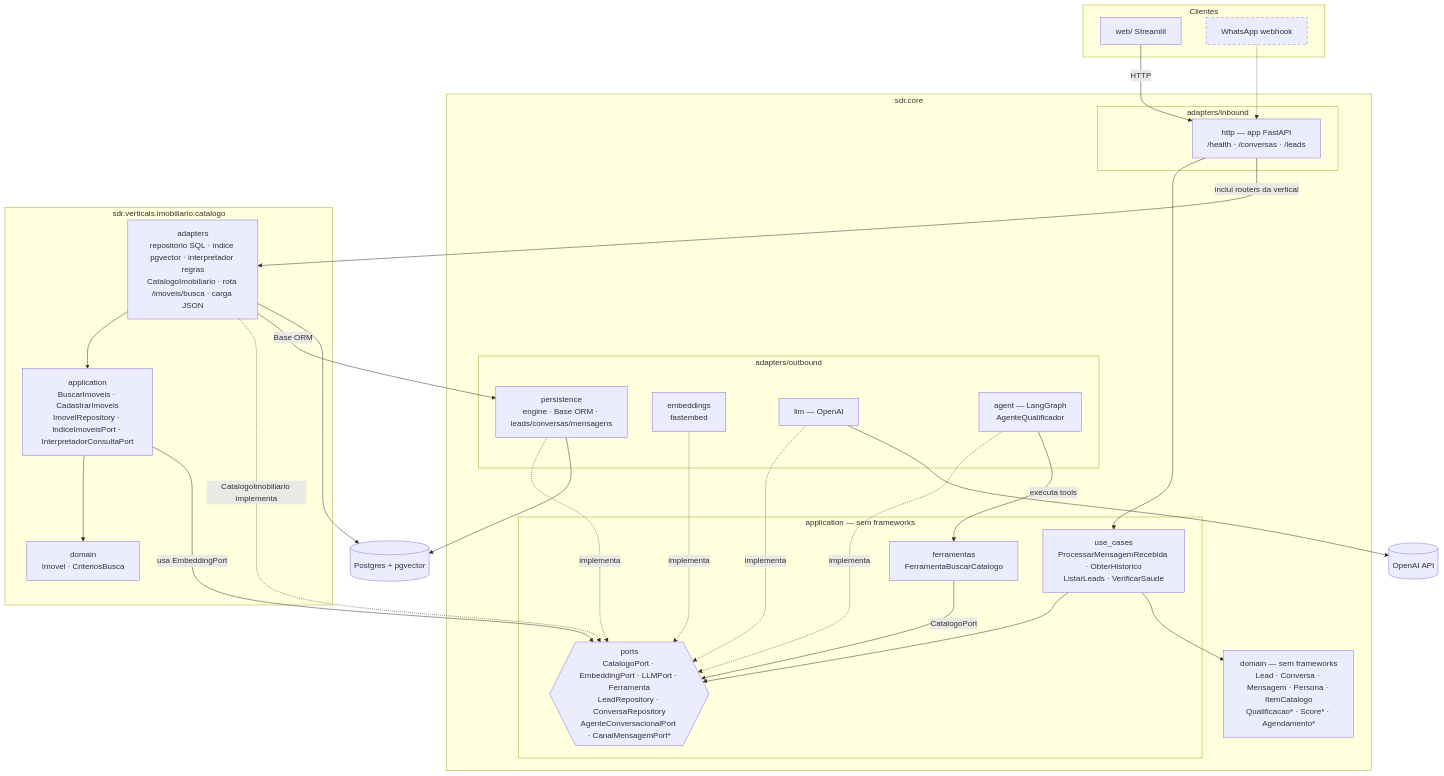
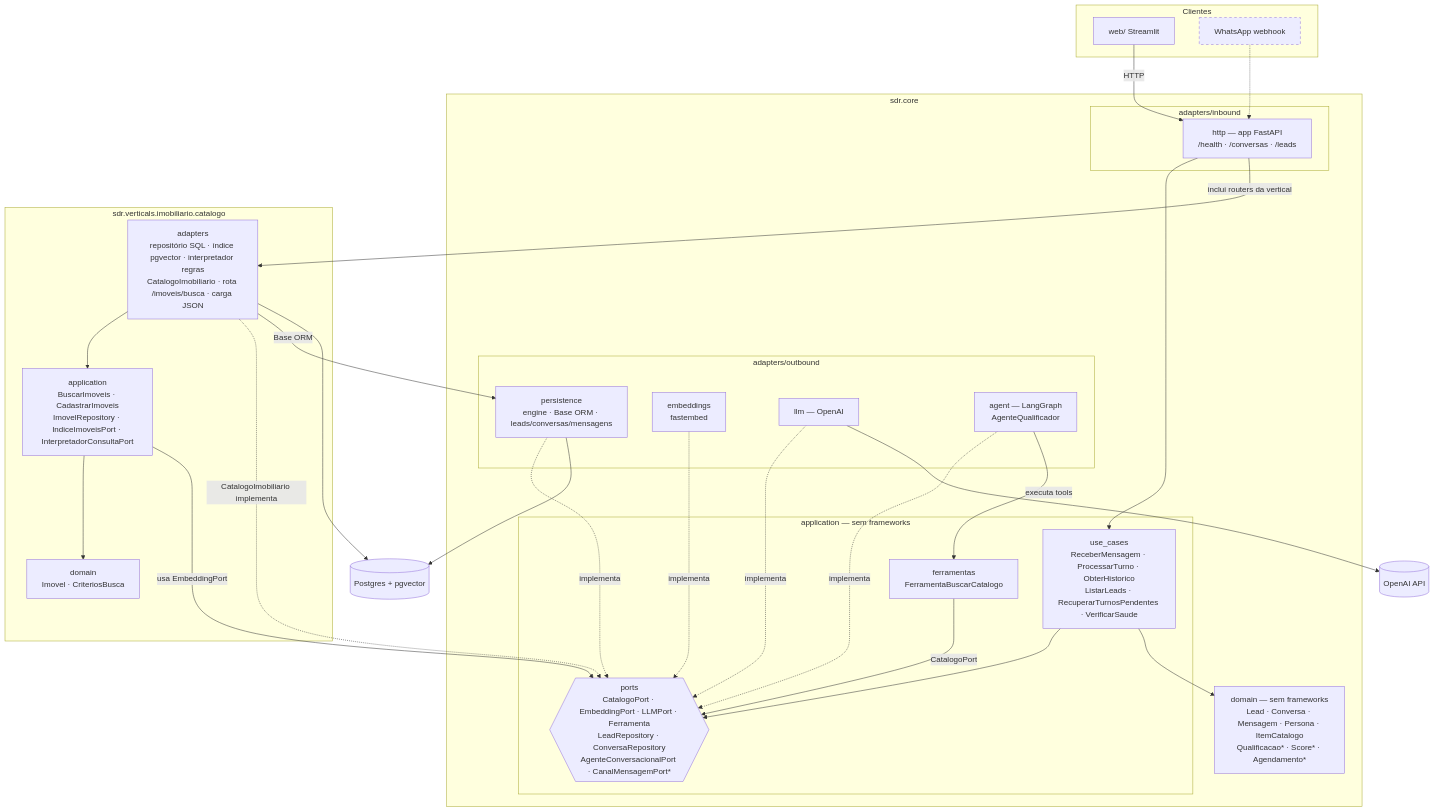
The third of 10 diagrams in docs/arquitetura.md (amaranini/tech-challenge-fase-5), drawn with Mermaid before and after one commit. The commit also changed other lines of this file and 34 other files, not shown here.

````diff
--- a/docs/arquitetura.md
+++ b/docs/arquitetura.md
@@ -86,57 +86,57 @@
 ```mermaid
 flowchart TB
     subgraph clientes[Clientes]
         web[web/ Streamlit]
         wpp[WhatsApp webhook]:::futuro
     end
 
     subgraph core[sdr.core]
         subgraph cin[adapters/inbound]
             http[http — app FastAPI<br/>/health · /conversas · /leads]
         end
         subgraph capp[application — sem frameworks]
-            cuc[use_cases<br/>ProcessarMensagemRecebida · ObterHistorico<br/>ListarLeads · VerificarSaude]
+            cuc[use_cases<br/>ReceberMensagem · ProcessarTurno · ObterHistorico<br/>ListarLeads · RecuperarTurnosPendentes · VerificarSaude]
             cports{{ports<br/>CatalogoPort · EmbeddingPort · LLMPort · Ferramenta<br/>LeadRepository · ConversaRepository<br/>AgenteConversacionalPort · CanalMensagemPort*}}
             cferr[ferramentas<br/>FerramentaBuscarCatalogo]
         end
         cdom[domain — sem frameworks<br/>Lead · Conversa · Mensagem · Persona · ItemCatalogo<br/>Qualificacao* · Score* · Agendamento*]
         subgraph cout[adapters/outbound]
             persist[persistence<br/>engine · Base ORM · leads/conversas/mensagens]
             emb[embeddings<br/>fastembed]
             llm[llm — OpenAI]
             agent[agent — LangGraph<br/>AgenteQualificador]
         end
     end
 
     subgraph vcat[sdr.verticals.imobiliario.catalogo]
         vdom[domain<br/>Imovel · CriteriosBusca]
         vapp[application<br/>BuscarImoveis · CadastrarImoveis<br/>ImovelRepository · IndiceImoveisPort · InterpretadorConsultaPort]
         vad[adapters<br/>repositório SQL · índice pgvector · interpretador regras<br/>CatalogoImobiliario · rota /imoveis/busca · carga JSON]
     end
 
     pg[(Postgres + pgvector)]
     openaiapi[(OpenAI API)]
 
     web -- HTTP --> http
     wpp -.-> http
     http --> cuc --> cports
     cuc --> cdom
     persist -. implementa .-> cports
     emb -. implementa .-> cports
     llm -. implementa .-> cports
     agent -. implementa .-> cports
     agent -- "executa tools" --> cferr
     cferr -- CatalogoPort --> cports
 
     vad --> vapp --> vdom
     vad -. "CatalogoImobiliario implementa" .-> cports
     vapp -- usa EmbeddingPort --> cports
     vad -- "Base ORM" --> persist
     http -- "inclui routers da vertical" --> vad
 
     persist --> pg
     vad --> pg
     llm --> openaiapi
 
     classDef futuro stroke-dasharray: 5 5
 ```
````
